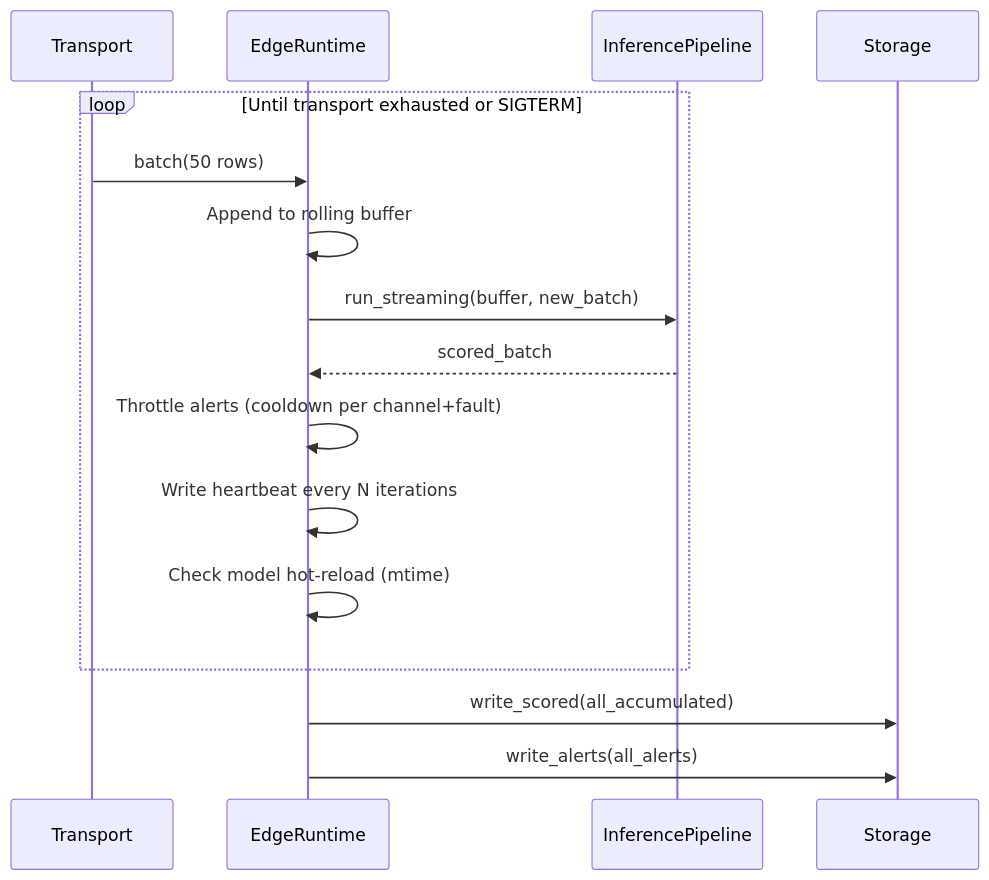
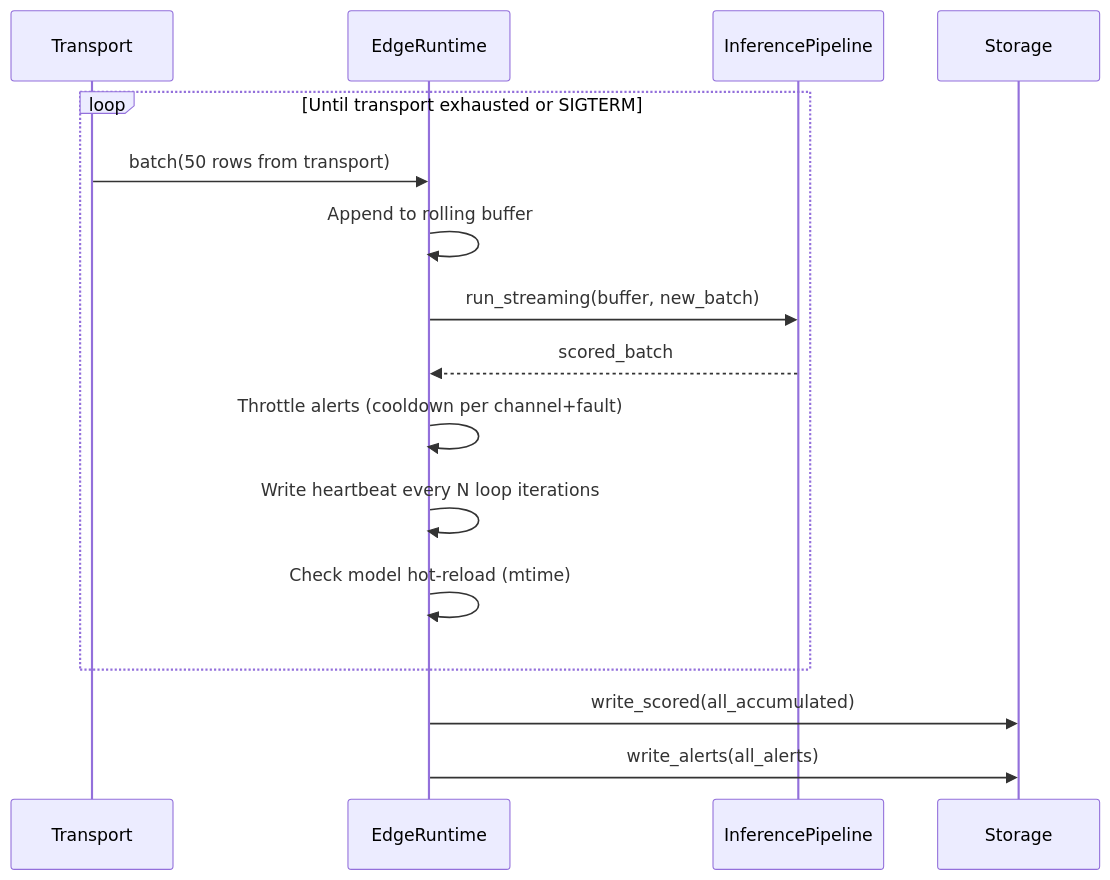
The third of 4 diagrams in docs/01_architecture.md (jayaprakash87/vehicle-intelligence-platform), drawn with Mermaid before and after one commit. The commit also changed other lines of this file and 5 other files, not shown here.

Commit message:
feat: enhance edge runtime configuration and validation; add alert threshold checks and update documentation

````diff
--- a/docs/01_architecture.md
+++ b/docs/01_architecture.md
@@ -99,19 +101,19 @@
 ```mermaid
 sequenceDiagram
     participant Transport
     participant EdgeRuntime
     participant InferencePipeline
     participant Storage
 
     loop Until transport exhausted or SIGTERM
-        Transport->>EdgeRuntime: batch(50 rows)
+        Transport->>EdgeRuntime: batch(50 rows from transport)
         EdgeRuntime->>EdgeRuntime: Append to rolling buffer
         EdgeRuntime->>InferencePipeline: run_streaming(buffer, new_batch)
         InferencePipeline-->>EdgeRuntime: scored_batch
         EdgeRuntime->>EdgeRuntime: Throttle alerts (cooldown per channel+fault)
-        EdgeRuntime->>EdgeRuntime: Write heartbeat every N iterations
+        EdgeRuntime->>EdgeRuntime: Write heartbeat every N loop iterations
         EdgeRuntime->>EdgeRuntime: Check model hot-reload (mtime)
     end
     EdgeRuntime->>Storage: write_scored(all_accumulated)
     EdgeRuntime->>Storage: write_alerts(all_alerts)
 ```
````
